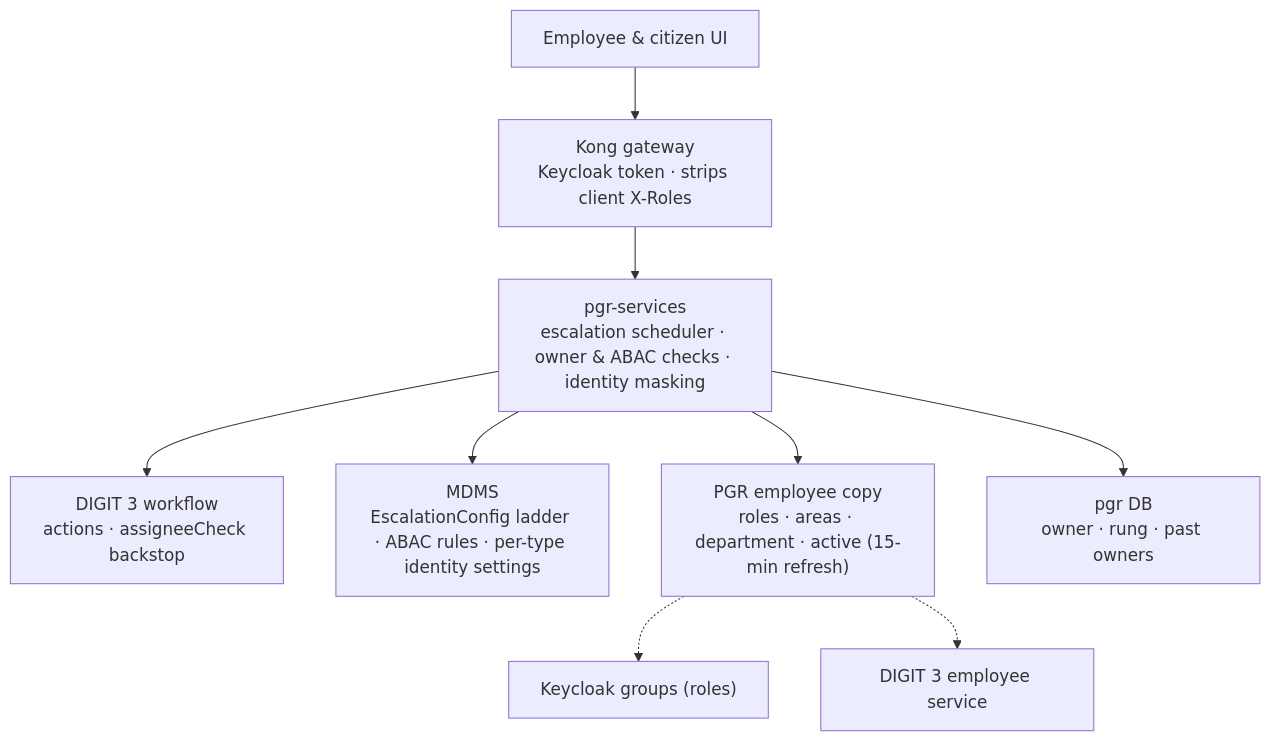
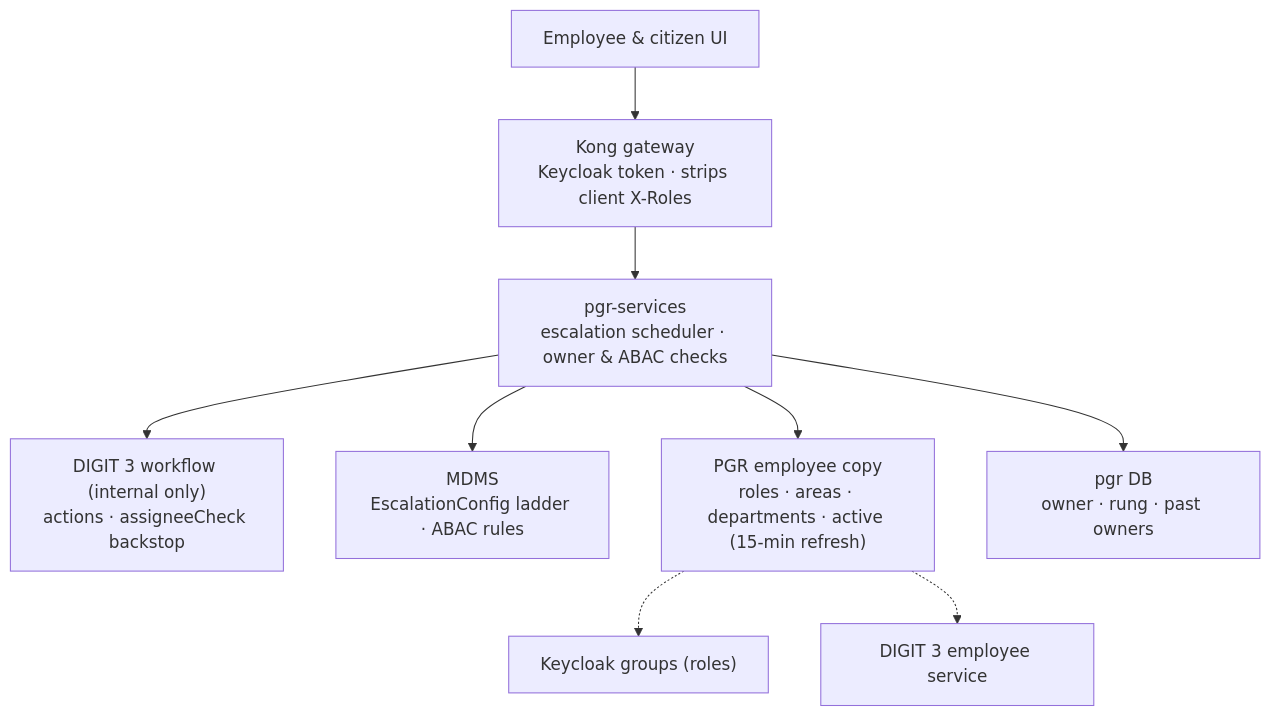
The second of 5 diagrams in docs/design/complaint-escalation-and-access.md (egovernments/Citizen-Complaint-Resolution-System), drawn with Mermaid before and after one commit. The commit also changed other lines of this file, not shown here.

First line of the commit message:
docs(design): address review comments on escalation and access

````diff
--- a/docs/design/complaint-escalation-and-access.md
+++ b/docs/design/complaint-escalation-and-access.md
@@ -49,11 +49,11 @@
 ```mermaid
 flowchart TB
   UI["Employee & citizen UI"] --> KONG["Kong gateway<br/>Keycloak token · strips client X-Roles"]
-  KONG --> PGR["pgr-services<br/>escalation scheduler · owner & ABAC checks · identity masking"]
-  PGR --> WF["DIGIT 3 workflow<br/>actions · assigneeCheck backstop"]
-  PGR --> MDMS["MDMS<br/>EscalationConfig ladder · ABAC rules · per-type identity settings"]
-  PGR --> COPY["PGR employee copy<br/>roles · areas · department · active (15-min refresh)"]
+  KONG --> PGR["pgr-services<br/>escalation scheduler · owner & ABAC checks"]
+  PGR --> WF["DIGIT 3 workflow (internal only)<br/>actions · assigneeCheck backstop"]
+  PGR --> MDMS["MDMS<br/>EscalationConfig ladder · ABAC rules"]
+  PGR --> COPY["PGR employee copy<br/>roles · areas · departments · active (15-min refresh)"]
   COPY -.-> KC["Keycloak groups (roles)"]
   COPY -.-> EMP["DIGIT 3 employee service"]
   PGR --> DB["pgr DB<br/>owner · rung · past owners"]
 ```
````
